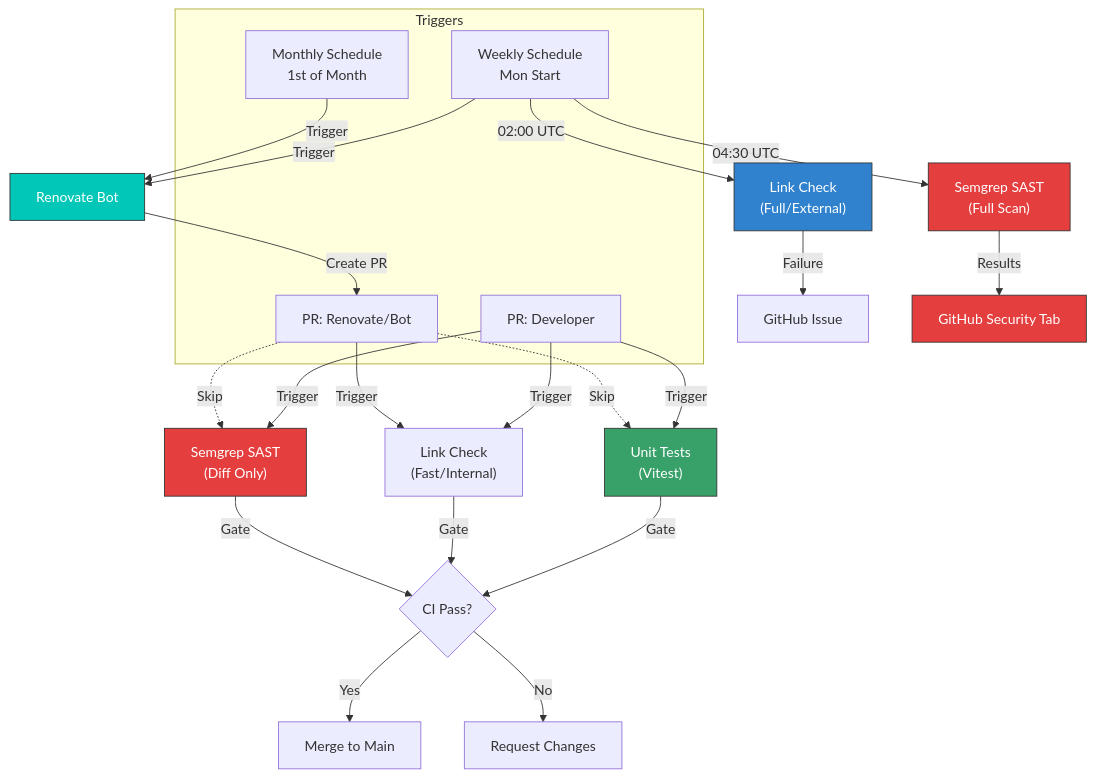
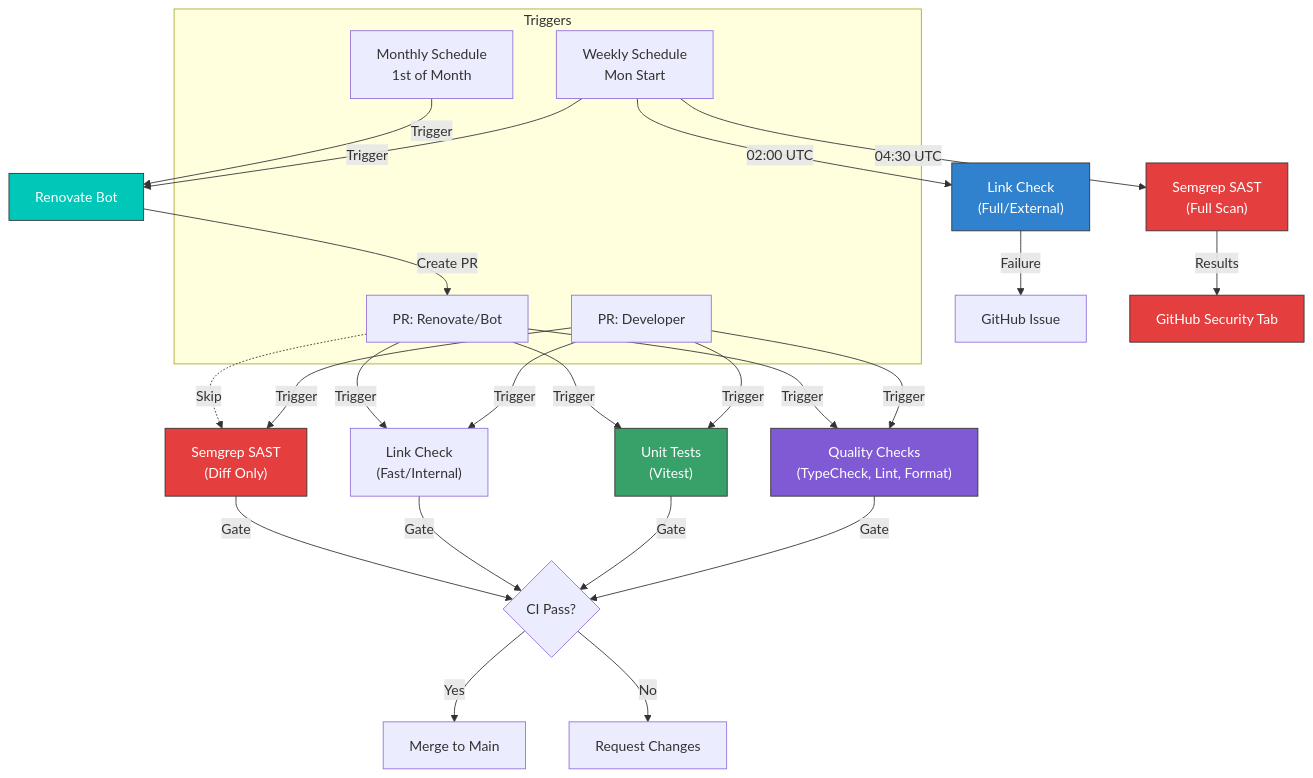
One commit to team4procoaching/website changed the diagram in docs/MAINTENANCE.md. Above: the diagram before and after it, drawn with Mermaid. The commit also changed other lines of this file and 10 other files, not shown here.

First line of the commit message:
ci(quality): implement hardened workflows and refine format tooling

````diff
--- a/docs/MAINTENANCE.md
+++ b/docs/MAINTENANCE.md
@@ -44,42 +45,46 @@
 ```mermaid
 graph TD
     subgraph "Triggers"
         Weekly[Weekly Schedule<br/>Mon Start]
         Monthly[Monthly Schedule<br/>1st of Month]
         PR_Human[PR: Developer]
         PR_Bot[PR: Renovate/Bot]
     end
 
     Weekly -->|Trigger| Renovate[Renovate Bot]
     Monthly -->|Trigger| Renovate
 
     Renovate -->|Create PR| PR_Bot
 
+    PR_Human -->|Trigger| Quality["Quality Checks<br/>(TypeCheck, Lint, Format)"]
     PR_Human -->|Trigger| Tests["Unit Tests<br/>(Vitest)"]
     PR_Human -->|Trigger| LinkFast["Link Check<br/>(Fast/Internal)"]
     PR_Human -->|Trigger| SemgrepDiff["Semgrep SAST<br/>(Diff Only)"]
 
+    PR_Bot -->|Trigger| Quality
+    PR_Bot -->|Trigger| Tests
     PR_Bot -->|Trigger| LinkFast
     PR_Bot -.->|Skip| SemgrepDiff
-    PR_Bot -.->|Skip| Tests
 
     Weekly -->|02:00 UTC| LinkFull["Link Check<br/>(Full/External)"]
     Weekly -->|04:30 UTC| SemgrepFull["Semgrep SAST<br/>(Full Scan)"]
 
-    Tests -->|Gate| CI_Gate{CI Pass?}
+    Quality -->|Gate| CI_Gate{CI Pass?}
+    Tests -->|Gate| CI_Gate
     LinkFast -->|Gate| CI_Gate
     SemgrepDiff -->|Gate| CI_Gate
 
     LinkFull -->|Failure| Issue[GitHub Issue]
     SemgrepFull -->|Results| SecTab[GitHub Security Tab]
 
     CI_Gate -->|Yes| Merge[Merge to Main]
     CI_Gate -->|No| Fix[Request Changes]
 
+    style Quality fill:#805ad5,stroke:#333,color:#fff
     style SemgrepDiff fill:#e53e3e,stroke:#333,color:#fff
     style SemgrepFull fill:#e53e3e,stroke:#333,color:#fff
     style SecTab fill:#e53e3e,stroke:#333,color:#fff
     style Renovate fill:#00c7b7,stroke:#333,color:#fff
     style LinkFull fill:#3182ce,stroke:#333,color:#fff
     style Tests fill:#38a169,stroke:#333,color:#fff
 ```
````
